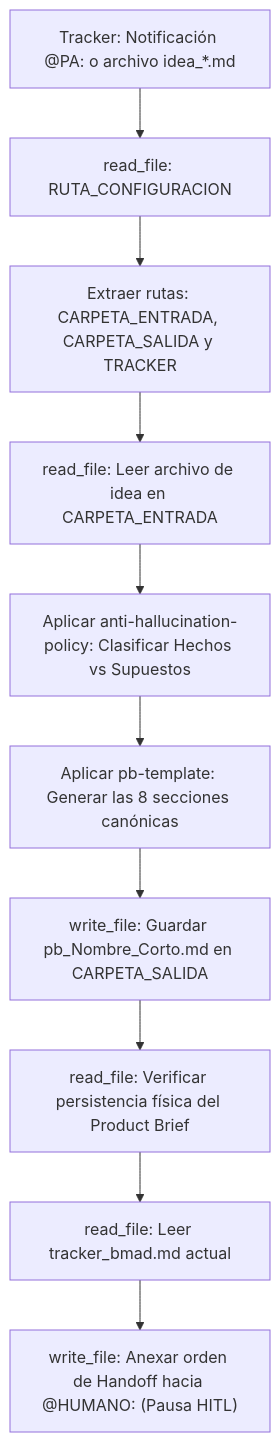
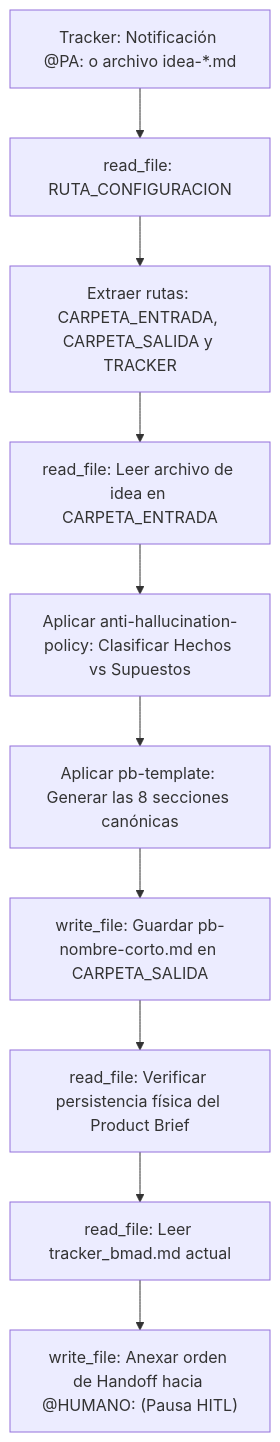
The diagram in product-analyst/AGENTS.md (pauloravicaceres/tech-work-hub), drawn with Mermaid before and after one commit. The commit also changed other lines of this file and 397 other files, not shown here.

````diff
--- a/product-analyst/AGENTS.md
+++ b/product-analyst/AGENTS.md
@@ -49,12 +49,12 @@
 ```mermaid
 flowchart TD
-    A["Tracker: Notificación @PA: o archivo idea_*.md"] --> B["read_file: RUTA_CONFIGURACION"]
+    A["Tracker: Notificación @PA: o archivo idea-*.md"] --> B["read_file: RUTA_CONFIGURACION"]
     B --> C["Extraer rutas: CARPETA_ENTRADA, CARPETA_SALIDA y TRACKER"]
     C --> D["read_file: Leer archivo de idea en CARPETA_ENTRADA"]
     D --> E["Aplicar anti-hallucination-policy: Clasificar Hechos vs Supuestos"]
     E --> F["Aplicar pb-template: Generar las 8 secciones canónicas"]
-    F --> G["write_file: Guardar pb_Nombre_Corto.md en CARPETA_SALIDA"]
+    F --> G["write_file: Guardar pb-nombre-corto.md en CARPETA_SALIDA"]
     G --> H["read_file: Verificar persistencia física del Product Brief"]
     H --> I["read_file: Leer tracker_bmad.md actual"]
     I --> J["write_file: Anexar orden de Handoff hacia @HUMANO: (Pausa HITL)"]
 ```
````
